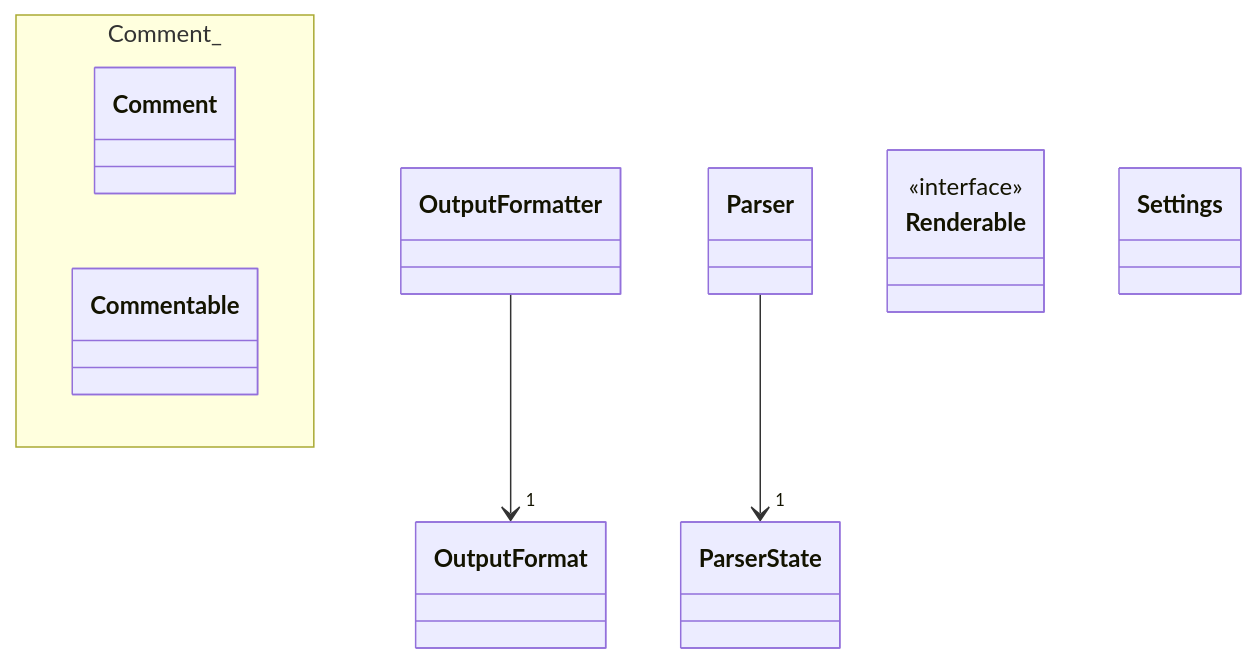
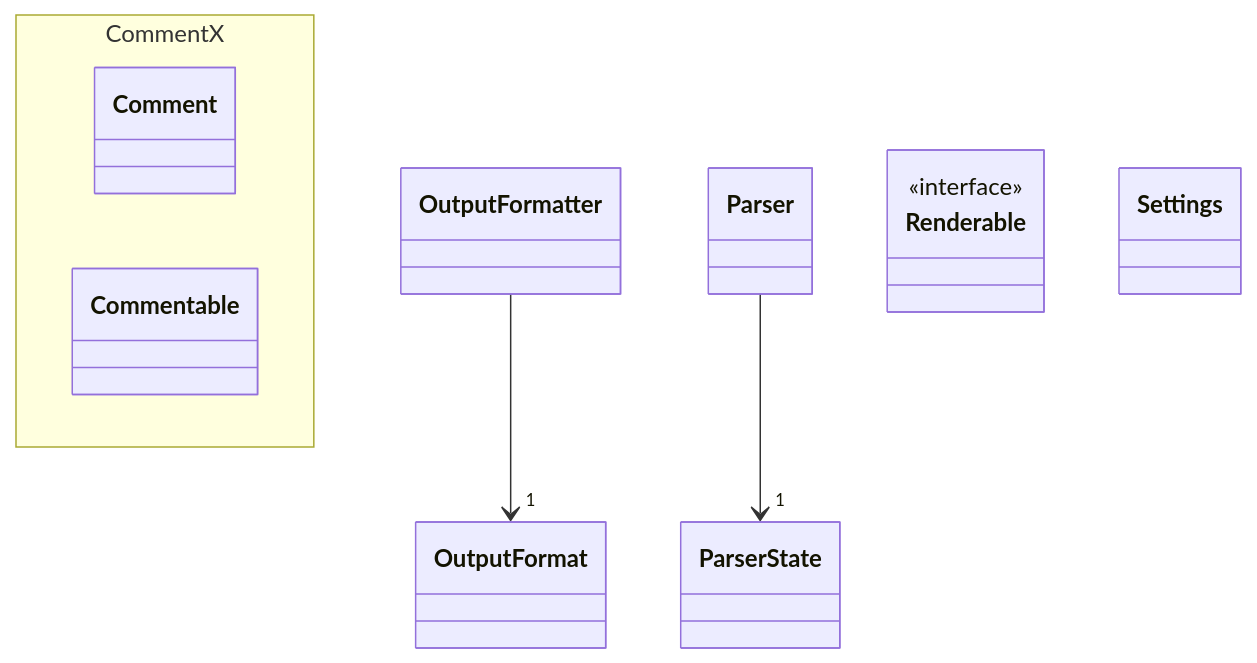
One commit to oliverklee/mermaid-test changed the diagram in README.md. Above: the diagram before and after it, drawn with Mermaid.

````diff
--- a/README.md
+++ b/README.md
@@ -5,31 +5,31 @@
 ```mermaid
 classDiagram
     class OutputFormat {
     }
    
     class OutputFormatter {
     }
     
     OutputFormatter --> "1" OutputFormat
     class Parser {
     }
     
     class ParserState {
     }
 
    Parser --> "1" ParserState
     
     class Renderable {
     }
     <<interface>> Renderable
     
     class Settings {
     }
 
-    namespace Comment_ {
+    namespace CommentX {
         class Comment {
         }
         class Commentable {
         }
     }
 ```
````
